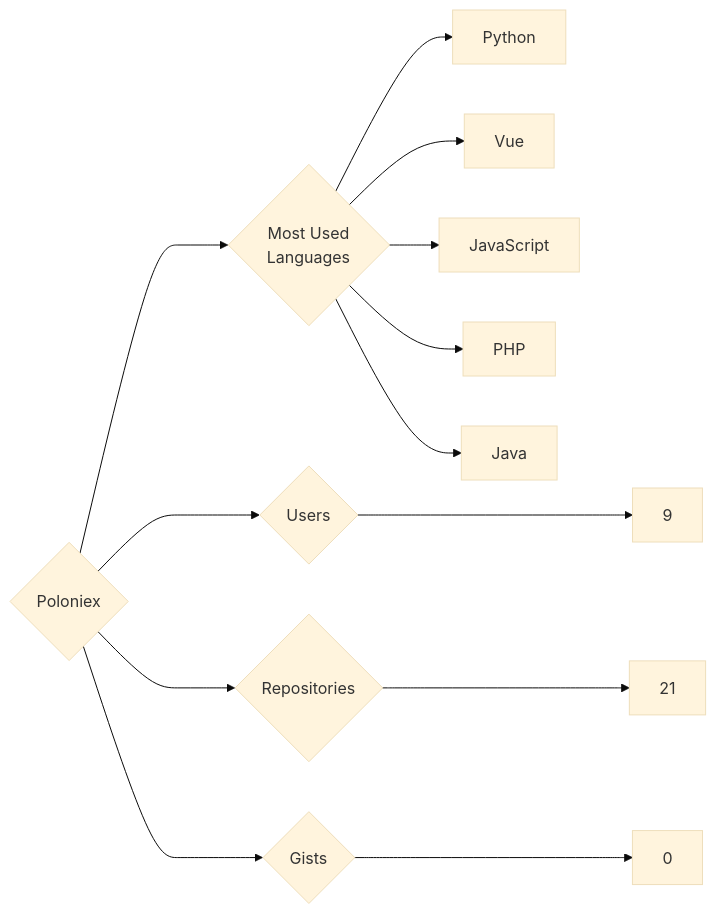
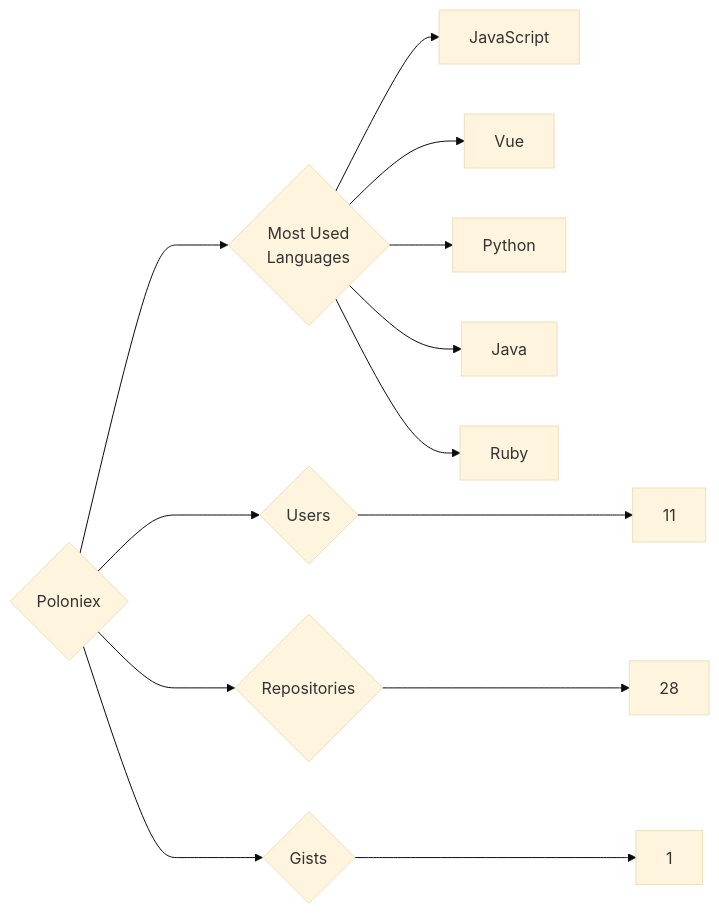
Before and after one commit to trickest/insiders: the diagram in targets/Poloniex/README.md, drawn with Mermaid (base theme). The commit also changed 1508 other files, not shown here.

````diff
--- a/targets/Poloniex/README.md
+++ b/targets/Poloniex/README.md
@@ -3,13 +3,13 @@
 ```mermaid
 graph LR
 COMPANY_NAME{Poloniex}
-COMPANY_NAME ---> U{Users} ---> UN[9]
-COMPANY_NAME ---> R{Repositories} ---> RN[21]
-COMPANY_NAME ---> G{Gists} ---> GN[0]
+COMPANY_NAME ---> U{Users} ---> UN[11]
+COMPANY_NAME ---> R{Repositories} ---> RN[28]
+COMPANY_NAME ---> G{Gists} ---> GN[1]
 COMPANY_NAME ---> ML{Most Used<br>Languages}
+ML --> JavaScript[JavaScript]
+ML --> Vue[Vue]
 ML --> Python[Python]
-ML --> Vue[Vue]
-ML --> JavaScript[JavaScript]
-ML --> PHP[PHP]
 ML --> Java[Java]
+ML --> Ruby[Ruby]
 ```
````
